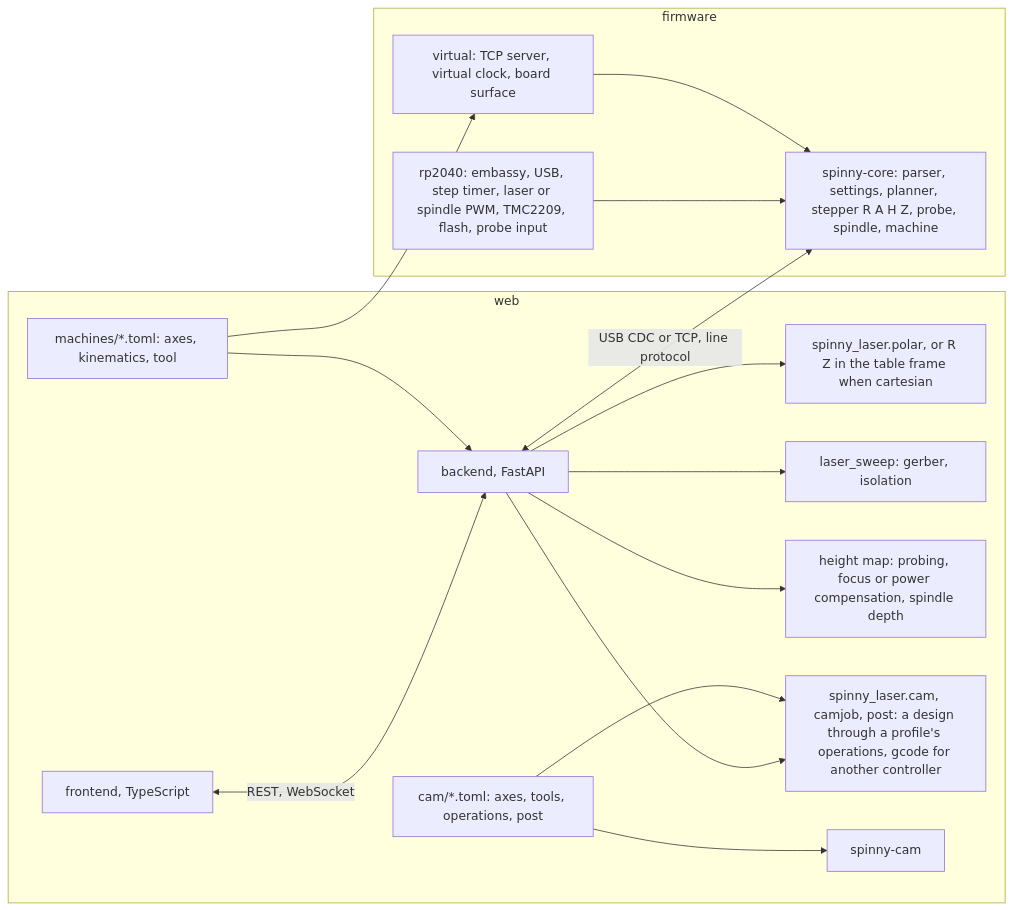
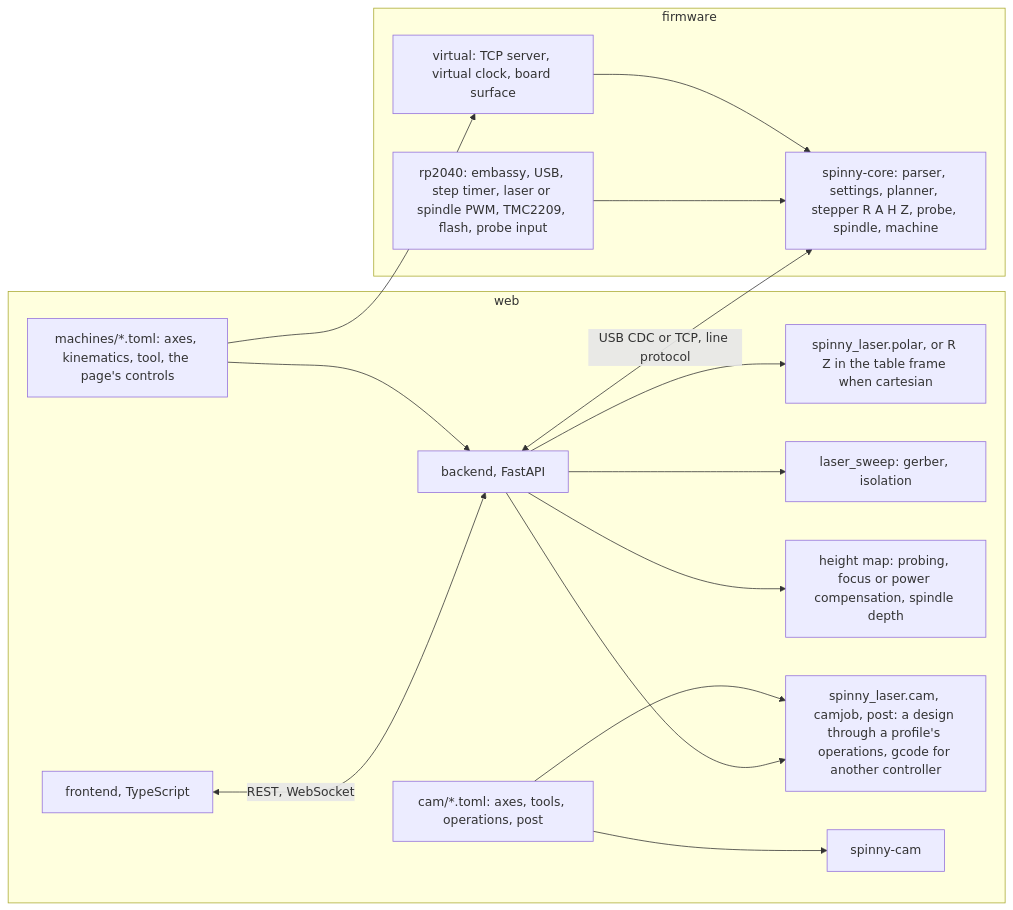
The first of 2 diagrams in docs/ARCHITECTURE.md (tmpk13/spinny-cnc), drawn with Mermaid before and after one commit. The commit also changed other lines of this file and 27 other files, not shown here.

````diff
--- a/docs/ARCHITECTURE.md
+++ b/docs/ARCHITECTURE.md
@@ -28,19 +28,19 @@
 ```mermaid
 flowchart LR
     subgraph web
         FE[frontend, TypeScript] <-->|REST, WebSocket| BE[backend, FastAPI]
         BE --> KIN[spinny_laser.polar, or R Z in the table frame when cartesian]
         BE --> LS[laser_sweep: gerber, isolation]
         BE --> HM[height map: probing, focus or power compensation, spindle depth]
         BE --> CAM[spinny_laser.cam, camjob, post: a design through a profile's operations, gcode for another controller]
-        MF[machines/*.toml: axes, kinematics, tool] --> BE
+        MF[machines/*.toml: axes, kinematics, tool, the page's controls] --> BE
         CF[cam/*.toml: axes, tools, operations, post] --> CAM
         CF --> CLI[spinny-cam]
     end
     MF --> VIRT
     BE <-->|USB CDC or TCP, line protocol| CORE
     subgraph firmware
         RP[rp2040: embassy, USB, step timer, laser or spindle PWM, TMC2209, flash, probe input] --> CORE[spinny-core: parser, settings, planner, stepper R A H Z, probe, spindle, machine]
         VIRT[virtual: TCP server, virtual clock, board surface] --> CORE
     end
 ```
````
